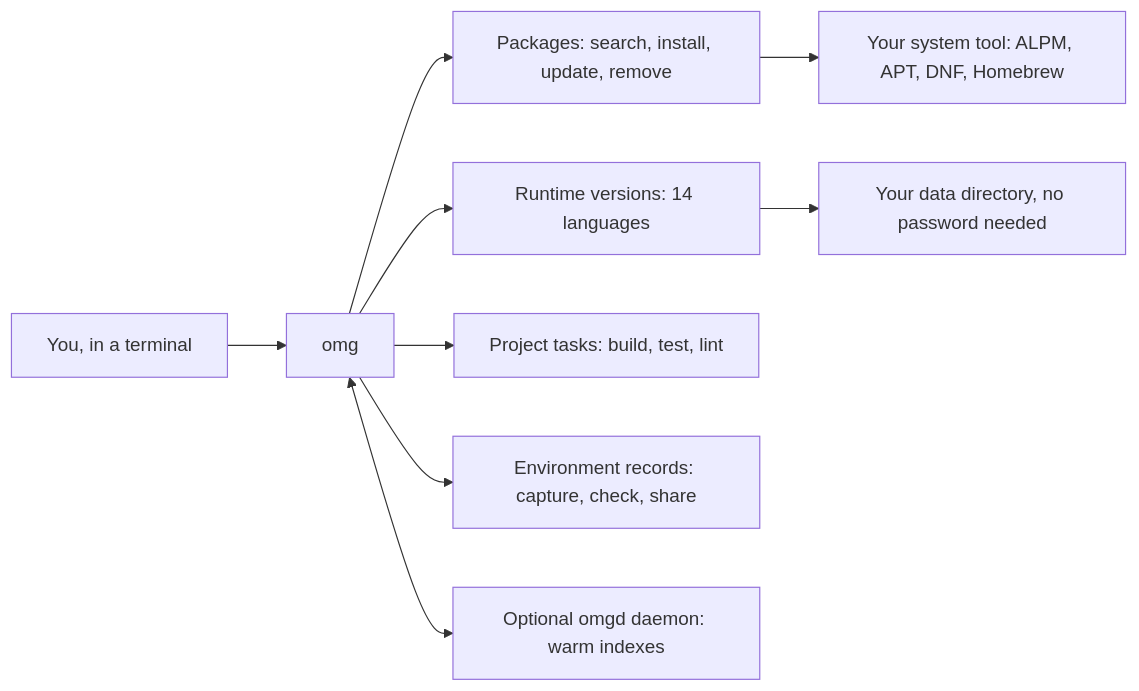
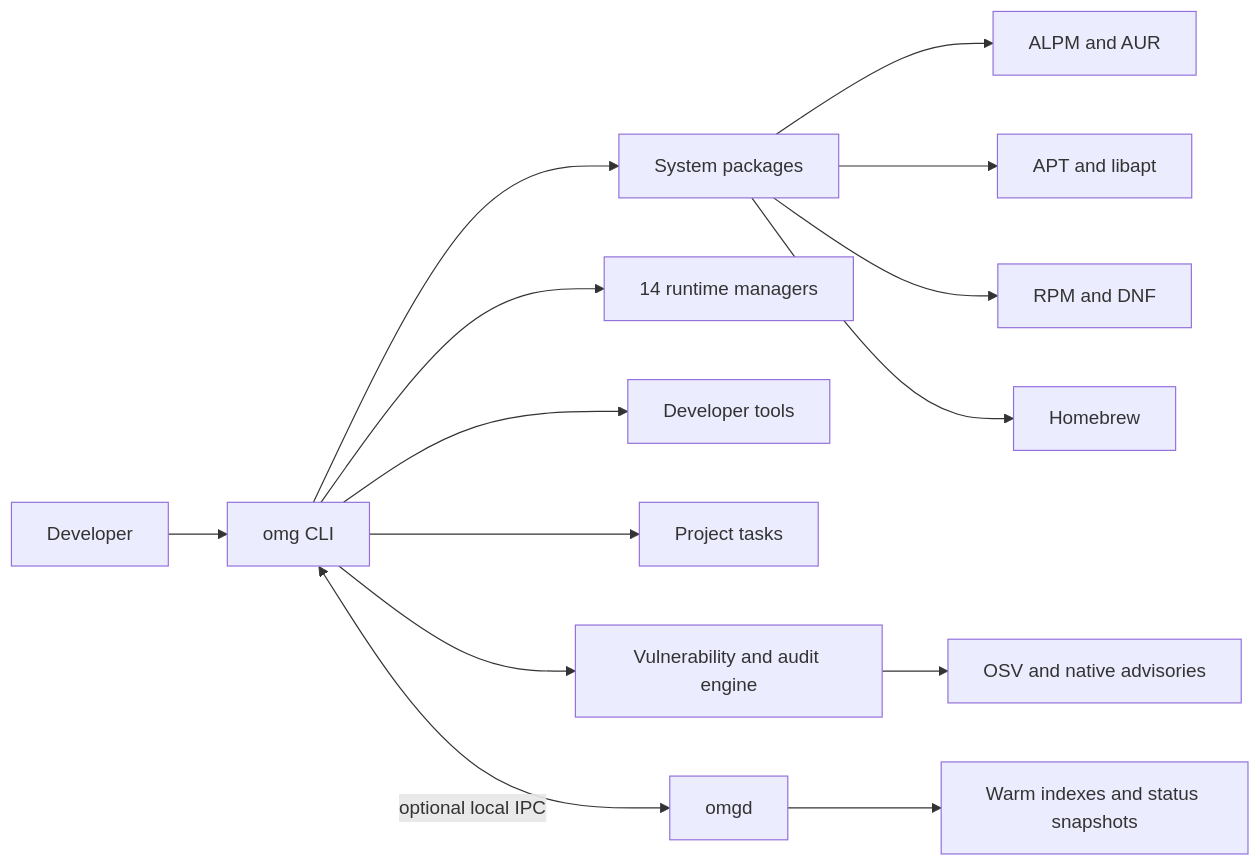
One commit to omg-cli/omg changed the diagram in README.md. Above: the diagram before and after it, drawn with Mermaid. The commit also changed other lines of this file and 7 other files, not shown here.

````diff
--- a/README.md
+++ b/README.md
@@ -205,11 +87,18 @@
 ```mermaid
 flowchart LR
-    You[You, in a terminal] --> CLI[omg]
-    CLI --> Packages[Packages: search, install, update, remove]
-    CLI --> Runtimes[Runtime versions: 14 languages]
-    CLI --> Tasks[Project tasks: build, test, lint]
-    CLI --> Env[Environment records: capture, check, share]
-    Packages --> Native[Your system tool: ALPM, APT, DNF, Homebrew]
-    Runtimes --> Data[Your data directory, no password needed]
-    CLI <--> Daemon[Optional omgd daemon: warm indexes]
+    User[Developer] --> CLI[omg CLI]
+    CLI --> Packages[System packages]
+    CLI --> Runtimes[14 runtime managers]
+    CLI --> Tools[Developer tools]
+    CLI --> Tasks[Project tasks]
+    CLI --> Security[Vulnerability and audit engine]
+
+    Packages --> ALPM[ALPM and AUR]
+    Packages --> APT[APT and libapt]
+    Packages --> DNF[RPM and DNF]
+    Packages --> Brew[Homebrew]
+    Security --> Advisories[OSV and native advisories]
+
+    CLI <-->|optional local IPC| Daemon[omgd]
+    Daemon --> Warm[Warm indexes and status snapshots]
 ```
````
